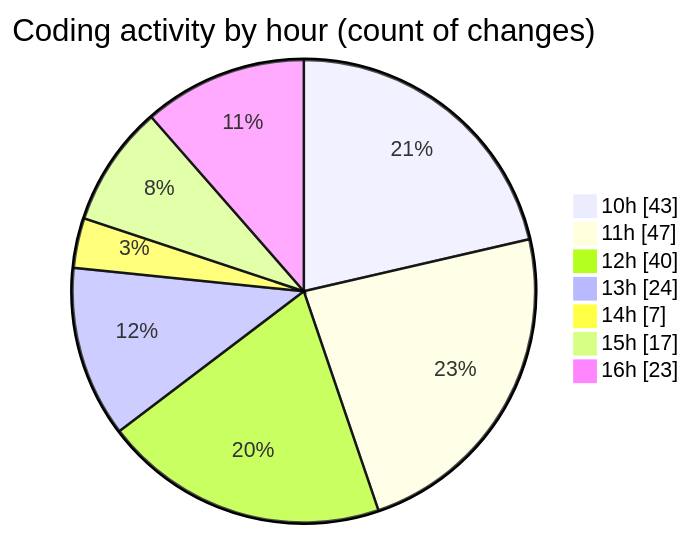
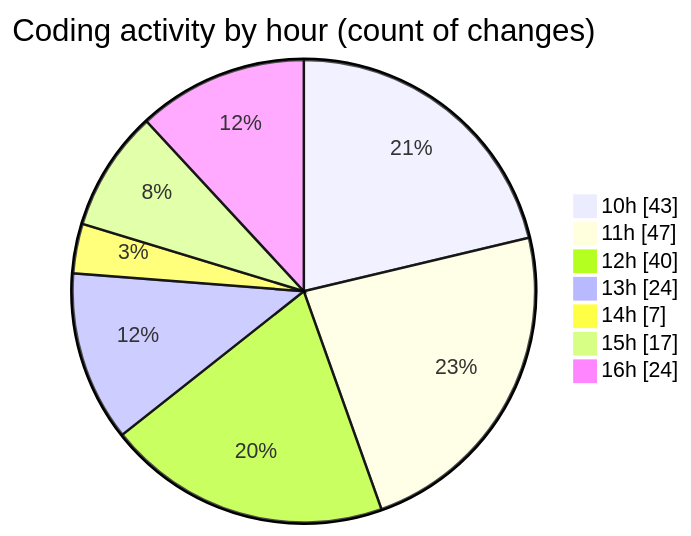
One commit to momahboobian/code-tracking changed the second of 2 diagrams in 2025-02-10/cda/README.md. Above: the diagram before and after it, drawn with Mermaid. The commit also changed other lines of this file and 1 other file, not shown here.

````diff
--- a/2025-02-10/cda/README.md
+++ b/2025-02-10/cda/README.md
@@ -35,11 +35,11 @@
 ```mermaid
 pie showData
 title Coding activity by hour (count of changes)
 "10h" : 43
 "11h" : 47
 "12h" : 40
 "13h" : 24
 "14h" : 7
 "15h" : 17
-"16h" : 23
+"16h" : 24
 ```
````
